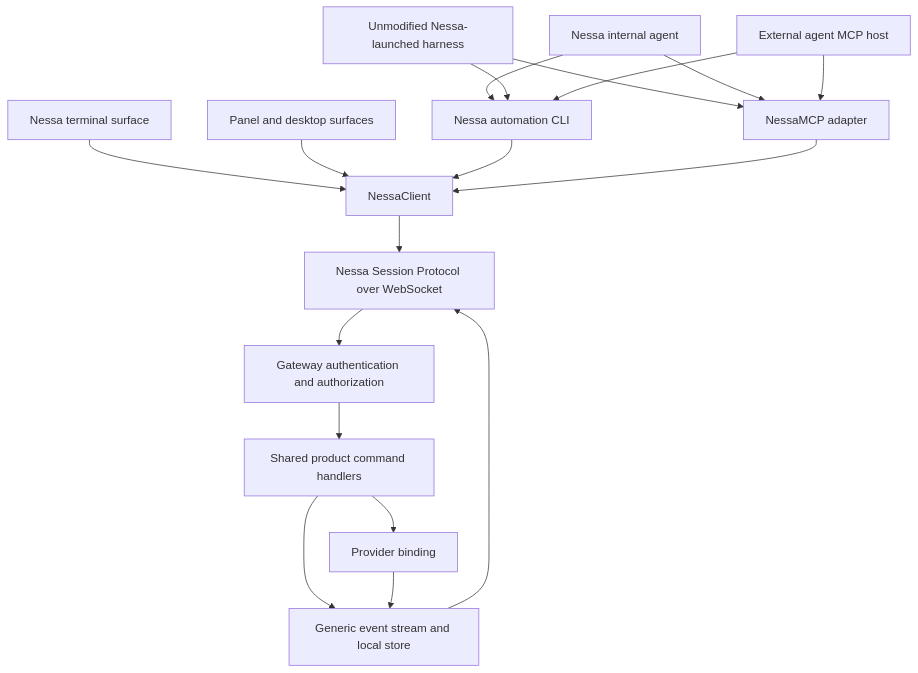
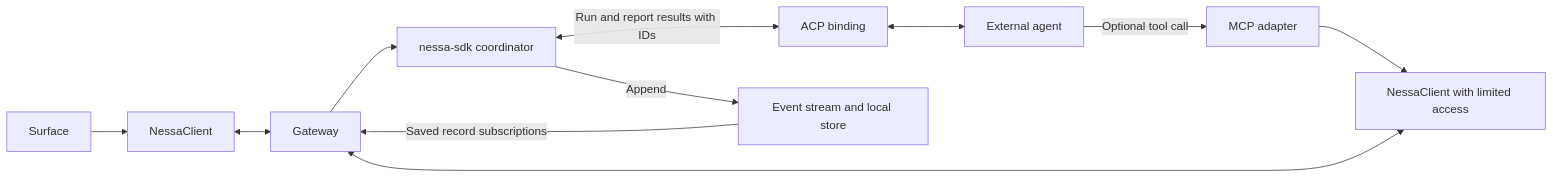
The first of 4 diagrams in docs/design/collaboration-sequences-and-mcp.md (nessalabs/nessa-agent), drawn with Mermaid before and after one commit. The commit also changed other lines of this file and 43 other files, not shown here.

````diff
--- a/docs/design/collaboration-sequences-and-mcp.md
+++ b/docs/design/collaboration-sequences-and-mcp.md
@@ -12,20 +16,13 @@
 ```mermaid
-flowchart TD
-    CLI[Nessa terminal surface] --> SDK[NessaClient]
-    UI[Panel and desktop surfaces] --> SDK
-    SDK --> Wire[Nessa Session Protocol over WebSocket]
-    Managed[Unmodified Nessa-launched harness] --> MCP
-    Internal[Nessa internal agent] --> MCP
-    Internal --> AgentCLI[Nessa automation CLI]
-    Managed --> AgentCLI
-    External --> AgentCLI
-    AgentCLI --> SDK
-    External[External agent MCP host] --> MCP[NessaMCP adapter]
-    MCP --> SDK
-    Wire --> Gateway[Gateway authentication and authorization]
-    Gateway --> Commands[Shared product command handlers]
-    Commands --> Binding[Provider binding]
-    Commands --> Events[Generic event stream and local store]
-    Binding --> Events
-    Events --> Wire
+flowchart LR
+    UI[Surface] --> C[NessaClient]
+    C <--> G[Gateway]
+    G --> R[nessa-sdk coordinator]
+    R <-->|Run and report results with IDs| B[ACP binding]
+    B <--> A[External agent]
+    R -->|Append| S[Event stream and local store]
+    S -->|Saved record subscriptions| G
+    A -->|Optional tool call| M[MCP adapter]
+    M --> AC[NessaClient with limited access]
+    AC <--> G
 ```
````
